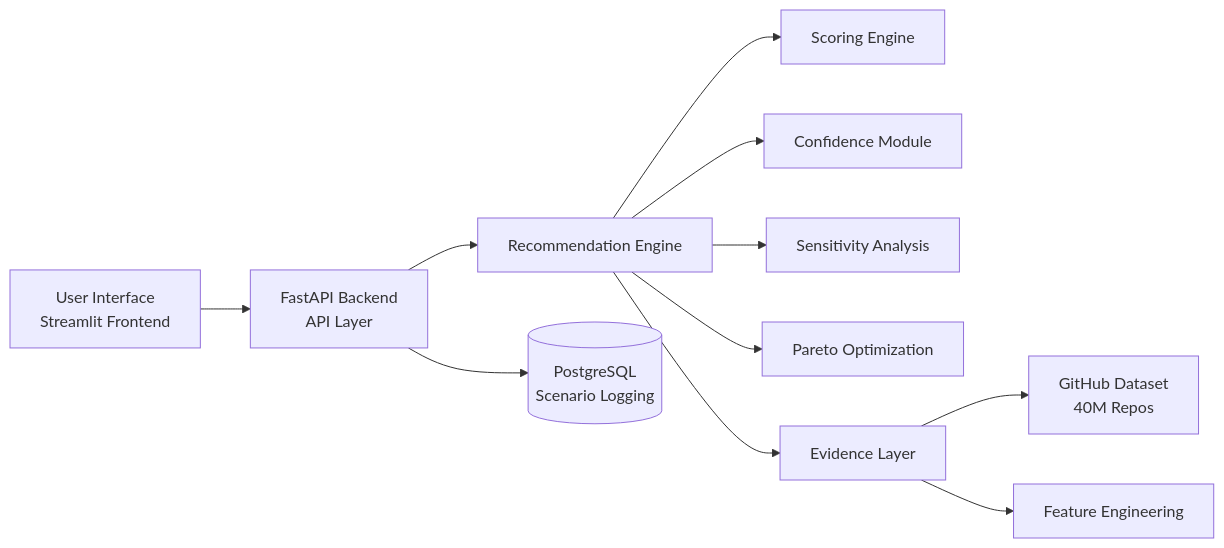
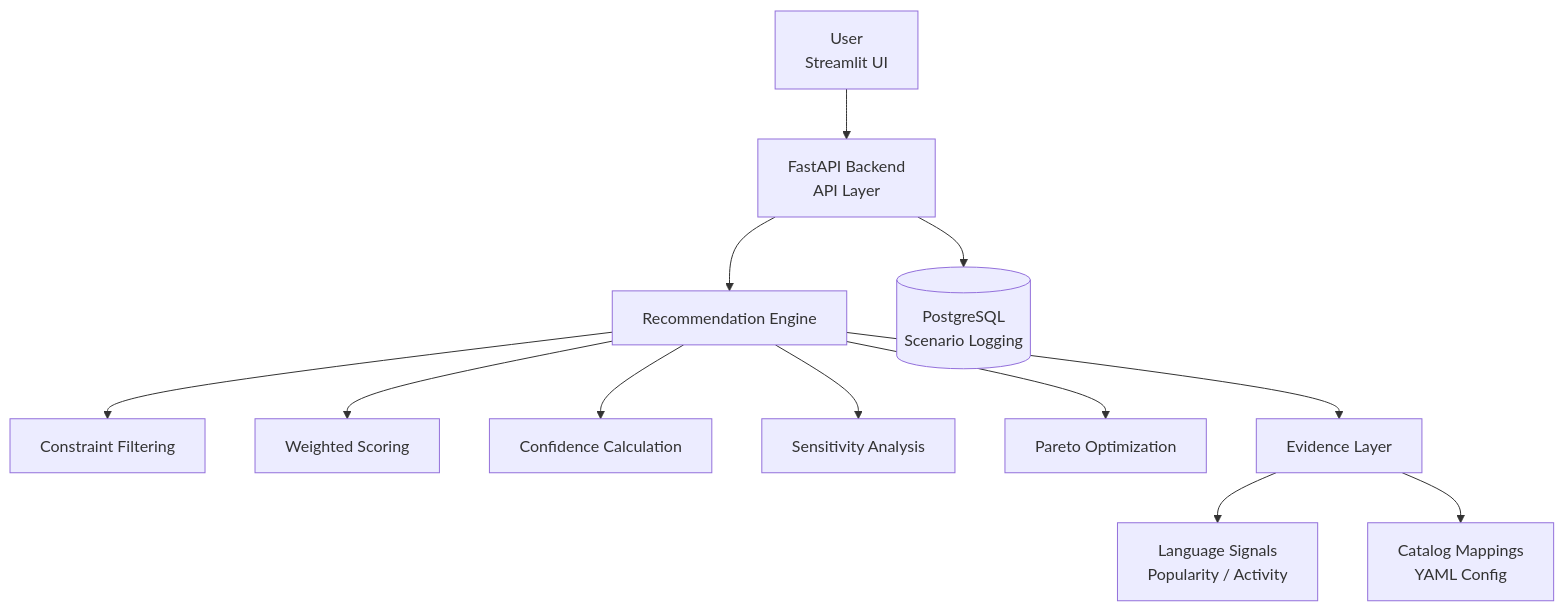
The diagram in README.md (AdItyAsIngh1800/StackWise-AI), drawn with Mermaid before and after one commit. The commit also changed other lines of this file, not shown here.

````diff
--- a/README.md
+++ b/README.md
@@ -154,40 +220,56 @@
 ```mermaid
-flowchart LR
+flowchart TD
 
+    %% ---------------------------
     %% User Layer
-    A[User Interface<br>Streamlit Frontend]
+    %% ---------------------------
+    A[User<br>Streamlit UI]
 
+    %% ---------------------------
     %% API Layer
+    %% ---------------------------
     B[FastAPI Backend<br>API Layer]
 
-    %% Engine Layer
+    %% ---------------------------
+    %% Core Engine
+    %% ---------------------------
     C[Recommendation Engine]
 
-    C1[Scoring Engine]
-    C2[Confidence Module]
-    C3[Sensitivity Analysis]
-    C4[Pareto Optimization]
+    C1[Constraint Filtering]
+    C2[Weighted Scoring]
+    C3[Confidence Calculation]
+    C4[Sensitivity Analysis]
+    C5[Pareto Optimization]
 
+    %% ---------------------------
+    %% Evidence Layer
+    %% ---------------------------
+    D[Evidence Layer]
+
+    D1[Language Signals<br>Popularity / Activity]
+    D2[Catalog Mappings<br>YAML Config]
+
+    %% ---------------------------
     %% Data Layer
-    D[Evidence Layer]
-    D1[GitHub Dataset<br>40M Repos]
-    D2[Feature Engineering]
-
-    %% Storage Layer
+    %% ---------------------------
     E[(PostgreSQL<br>Scenario Logging)]
 
-    %% Flow
+    %% ---------------------------
+    %% Flow Connections
+    %% ---------------------------
     A --> B
     B --> C
 
     C --> C1
     C --> C2
     C --> C3
     C --> C4
+    C --> C5
 
     C --> D
     D --> D1
     D --> D2
 
     B --> E
+
 ```
````
